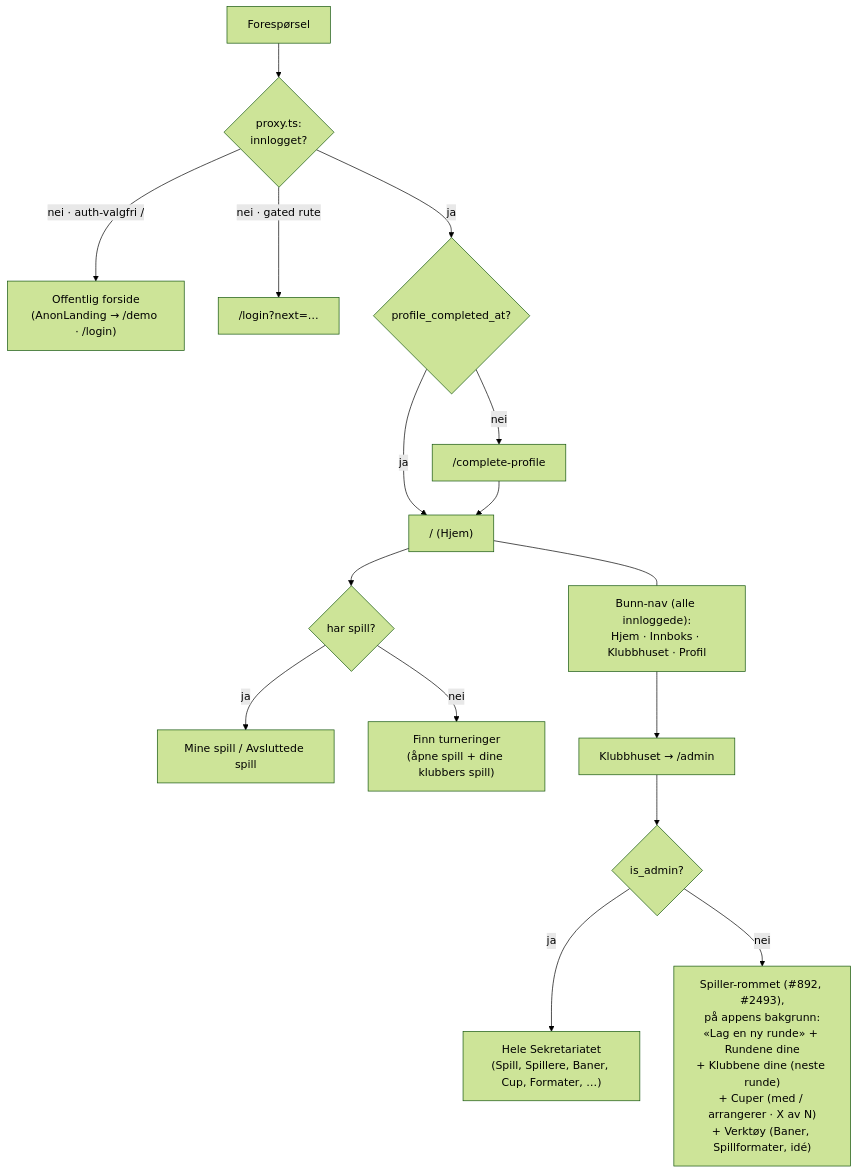
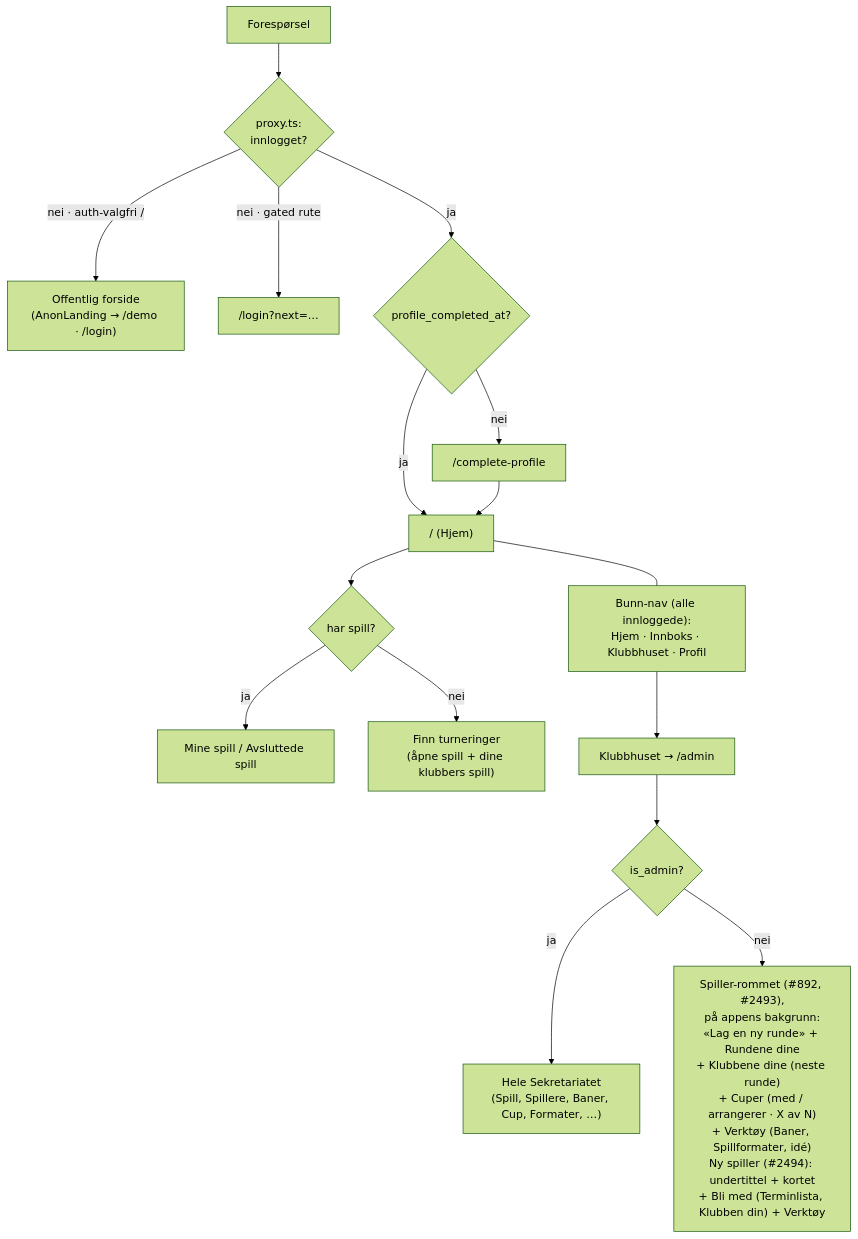
One commit to jdlarssen/golf-app changed the first of 6 diagrams in docs/user-flows.md. Above: the diagram before and after it, drawn with Mermaid (forest theme). The commit also changed other lines of this file, not shown here.

Commit message:
docs(flows): the new player's Klubbhus room
user-flows A4 and the §0 diagram describe the new player's version of
the room (#2494): the subtitle, the card, «Bli med» with Terminlista and
«Klubben din», and the tools; one round, club or cup, or a failed read,
gives the room from #2493.

Refs #2494

Claude-Session: https://claude.ai/code/session_01PbQJdtr72S6CFEU7aw84Qz

````diff
--- a/docs/user-flows.md
+++ b/docs/user-flows.md
@@ -26,19 +26,19 @@
 ```mermaid
 flowchart TD
   Req[Forespørsel] --> P{proxy.ts:<br/>innlogget?}
   P -- "nei · auth-valgfri /" --> Anon["Offentlig forside<br/>(AnonLanding → /demo · /login)"]
   P -- "nei · gated rute" --> L["/login?next=…"]
   P -- ja --> Prof{profile_completed_at?}
   Prof -- nei --> CP["/complete-profile"]
   Prof -- ja --> Home["/ (Hjem)"]
   CP --> Home
   Home --> PH{har spill?}
   PH -- ja --> List["Mine spill / Avsluttede spill"]
   PH -- nei --> Disc["Finn turneringer<br/>(åpne spill + dine klubbers spill)"]
   Nav["Bunn-nav (alle innloggede):<br/>Hjem · Innboks · Klubbhuset · Profil"]
   Home --- Nav
   Nav --> Klub["Klubbhuset → /admin"]
   Klub --> KP{is_admin?}
   KP -- ja --> Sek["Hele Sekretariatet<br/>(Spill, Spillere, Baner, Cup, Formater, …)"]
-  KP -- nei --> PlayerKlub["Spiller-rommet (#892, #2493),<br/>på appens bakgrunn:<br/>«Lag en ny runde» + Rundene dine<br/>+ Klubbene dine (neste runde)<br/>+ Cuper (med / arrangerer · X av N)<br/>+ Verktøy (Baner, Spillformater, idé)"]
+  KP -- nei --> PlayerKlub["Spiller-rommet (#892, #2493),<br/>på appens bakgrunn:<br/>«Lag en ny runde» + Rundene dine<br/>+ Klubbene dine (neste runde)<br/>+ Cuper (med / arrangerer · X av N)<br/>+ Verktøy (Baner, Spillformater, idé)<br/>Ny spiller (#2494): undertittel + kortet<br/>+ Bli med (Terminlista, Klubben din) + Verktøy"]
 ```
````
